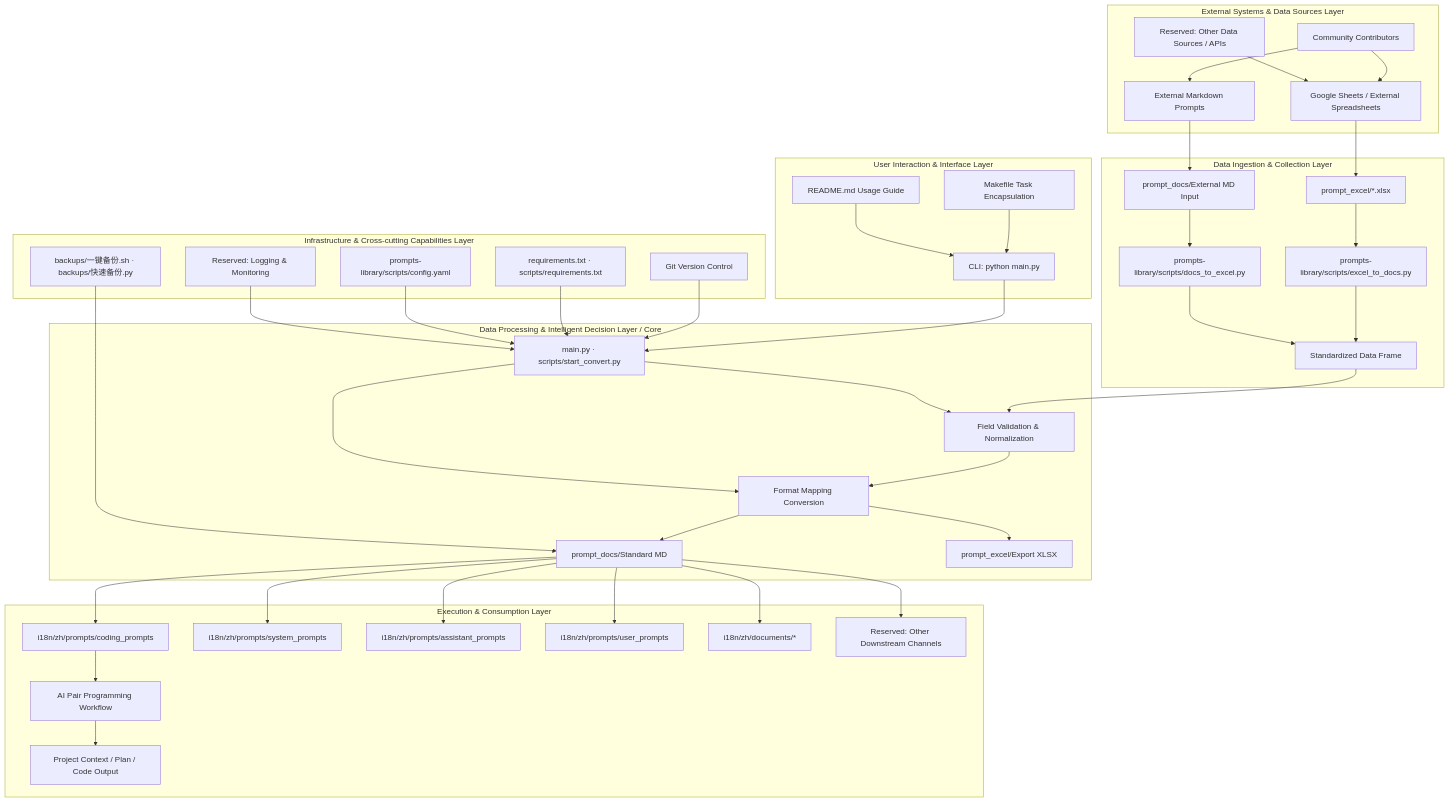
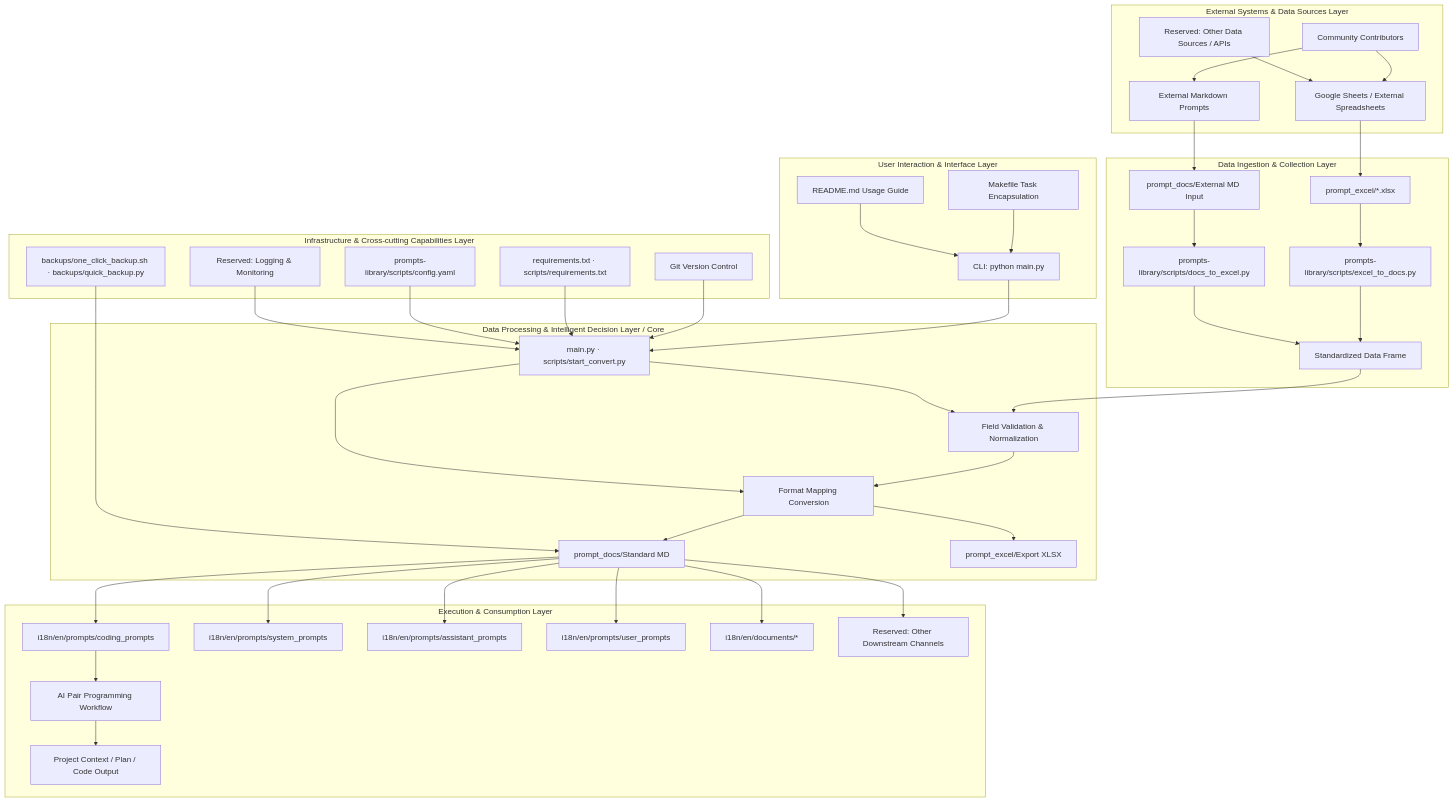
The first of 2 diagrams in i18n/en/README.md (deaquino/vibe-coding-en), drawn with Mermaid before and after one commit. The commit also changed other lines of this file, not shown here.

````diff
--- a/i18n/en/README.md
+++ b/i18n/en/README.md
@@ -323,62 +323,62 @@
 ```mermaid
 graph TB
   %% GitHub compatible simplified version (using only basic syntax)
 
   subgraph ext_layer[External Systems & Data Sources Layer]
     ext_contrib[Community Contributors]
     ext_sheet[Google Sheets / External Spreadsheets]
     ext_md[External Markdown Prompts]
     ext_api[Reserved: Other Data Sources / APIs]
     ext_contrib --> ext_sheet
     ext_contrib --> ext_md
     ext_api --> ext_sheet
   end
 
   subgraph ingest_layer[Data Ingestion & Collection Layer]
     excel_raw[prompt_excel/*.xlsx]
     md_raw[prompt_docs/External MD Input]
     excel_to_docs[prompts-library/scripts/excel_to_docs.py]
     docs_to_excel[prompts-library/scripts/docs_to_excel.py]
     ingest_bus[Standardized Data Frame]
     ext_sheet --> excel_raw
     ext_md --> md_raw
     excel_raw --> excel_to_docs
     md_raw --> docs_to_excel
     excel_to_docs --> ingest_bus
     docs_to_excel --> ingest_bus
   end
 
   subgraph core_layer[Data Processing & Intelligent Decision Layer / Core]
     ingest_bus --> validate[Field Validation & Normalization]
     validate --> transform[Format Mapping Conversion]
     transform --> artifacts_md[prompt_docs/Standard MD]
     transform --> artifacts_xlsx[prompt_excel/Export XLSX]
     orchestrator[main.py · scripts/start_convert.py] --> validate
     orchestrator --> transform
   end
 
   subgraph consume_layer[Execution & Consumption Layer]
-    artifacts_md --> catalog_coding[i18n/zh/prompts/coding_prompts]
-    artifacts_md --> catalog_system[i18n/zh/prompts/system_prompts]
-    artifacts_md --> catalog_assist[i18n/zh/prompts/assistant_prompts]
-    artifacts_md --> catalog_user[i18n/zh/prompts/user_prompts]
-    artifacts_md --> docs_repo[i18n/zh/documents/*]
+    artifacts_md --> catalog_coding[i18n/en/prompts/coding_prompts]
+    artifacts_md --> catalog_system[i18n/en/prompts/system_prompts]
+    artifacts_md --> catalog_assist[i18n/en/prompts/assistant_prompts]
+    artifacts_md --> catalog_user[i18n/en/prompts/user_prompts]
+    artifacts_md --> docs_repo[i18n/en/documents/*]
     artifacts_md --> new_consumer[Reserved: Other Downstream Channels]
     catalog_coding --> ai_flow[AI Pair Programming Workflow]
     ai_flow --> deliverables[Project Context / Plan / Code Output]
   end
 
   subgraph ux_layer[User Interaction & Interface Layer]
     cli[CLI: python main.py] --> orchestrator
     makefile[Makefile Task Encapsulation] --> cli
     readme[README.md Usage Guide] --> cli
   end
 
   subgraph infra_layer[Infrastructure & Cross-cutting Capabilities Layer]
     git[Git Version Control] --> orchestrator
-    backups[backups/一键备份.sh · backups/快速备份.py] --> artifacts_md
+    backups[backups/one_click_backup.sh · backups/quick_backup.py] --> artifacts_md
     deps[requirements.txt · scripts/requirements.txt] --> orchestrator
     config[prompts-library/scripts/config.yaml] --> orchestrator
     monitor[Reserved: Logging & Monitoring] --> orchestrator
   end
 ```
````
